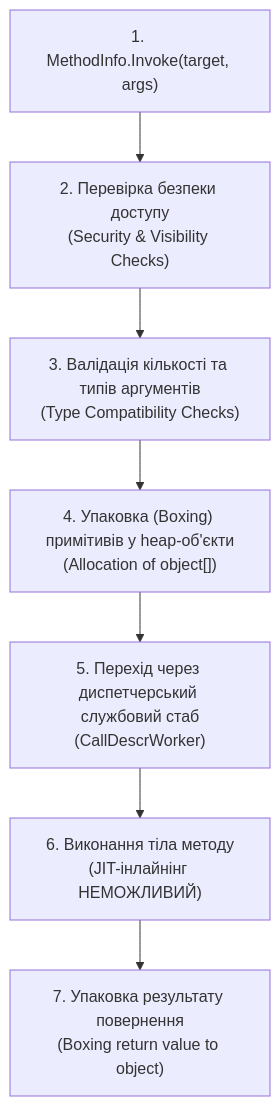
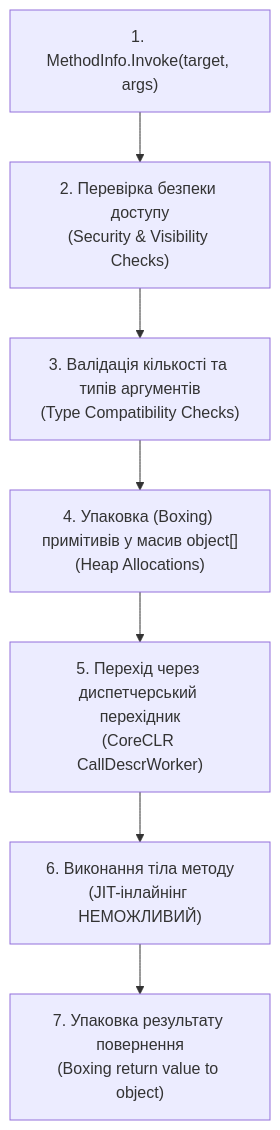
Before and after one commit to MrTomkaYurii/CSharp-OOP-Mastery: the diagram in 06-Advanced-DotNet/02-Reflection-And-Metadata/Docs/05_Performance_Optimization_And_Compiled_Expressions.md, drawn with Mermaid. The commit also changed other lines of this file and 7 other files, not shown here.

````diff
--- a/06-Advanced-DotNet/02-Reflection-And-Metadata/Docs/05_Performance_Optimization_And_Compiled_Expressions.md
+++ b/06-Advanced-DotNet/02-Reflection-And-Metadata/Docs/05_Performance_Optimization_And_Compiled_Expressions.md
@@ -11,9 +11,9 @@
 ```mermaid
 flowchart TD
     Invoke["1. MethodInfo.Invoke(target, args)"] --> SecCheck["2. Перевірка безпеки доступу<br/>(Security & Visibility Checks)"]
     SecCheck --> ParamCheck["3. Валідація кількості та типів аргументів<br/>(Type Compatibility Checks)"]
-    ParamCheck --> Boxing["4. Упаковка (Boxing) примітивів у heap-об'єкти<br/>(Allocation of object[])"]
-    Boxing --> Stub["5. Перехід через диспетчерський службовий стаб<br/>(CallDescrWorker)"]
+    ParamCheck --> Boxing["4. Упаковка (Boxing) примітивів у масив object[]<br/>(Heap Allocations)"]
+    Boxing --> Stub["5. Перехід через диспетчерський перехідник<br/>(CoreCLR CallDescrWorker)"]
     Stub --> Exec["6. Виконання тіла методу<br/>(JIT-інлайнінг НЕМОЖЛИВИЙ)"]
     Exec --> RetBoxing["7. Упаковка результату повернення<br/>(Boxing return value to object)"]
 ```
````
